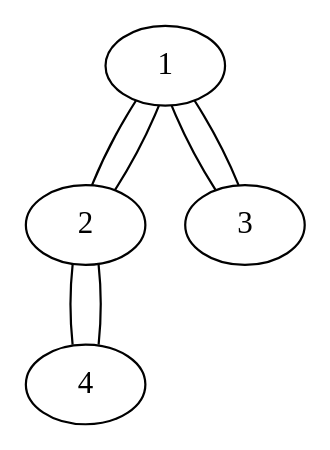
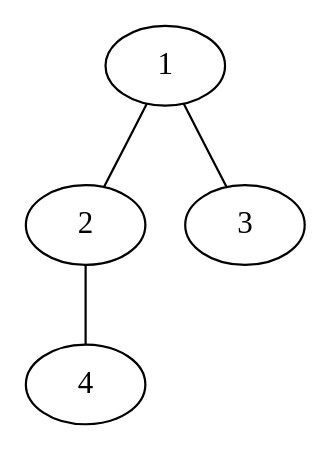
The diagram in materials/graphs/4.dot (Ulqiora/GraphAlgorithms), drawn with Graphviz before and after one commit. The commit also changed 78 other files, not shown here.

```diff
--- a/materials/graphs/4.dot
+++ b/materials/graphs/4.dot
@@ -1,26 +1,14 @@
 graph {
 	1 -- 2 [
 		label = ""
 		weight = ""
 	];
 	1 -- 3 [
 		label = ""
 		weight = ""
 	];
-	2 -- 1 [
-		label = ""
-		weight = ""
-	];
 	2 -- 4 [
 		label = ""
 		weight = ""
 	];
-	3 -- 1 [
-		label = ""
-		weight = ""
-	];
-	4 -- 2 [
-		label = ""
-		weight = ""
-	];
 }
```
